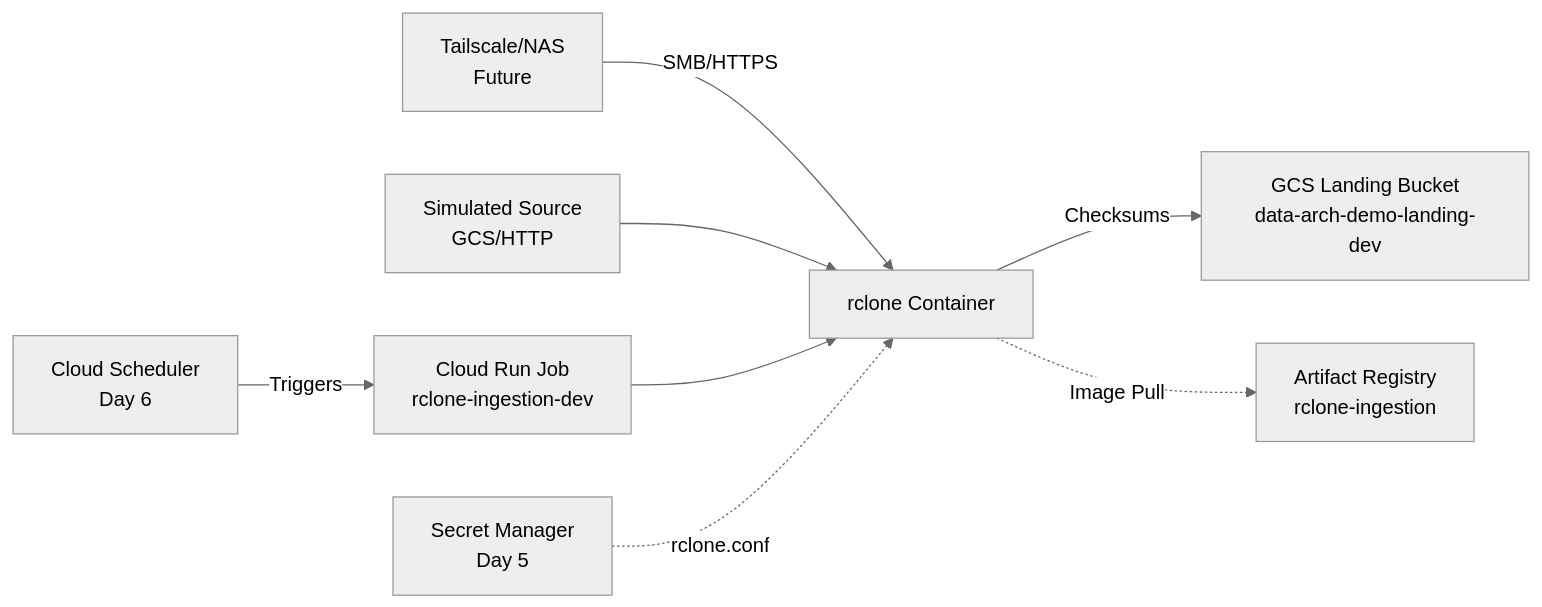
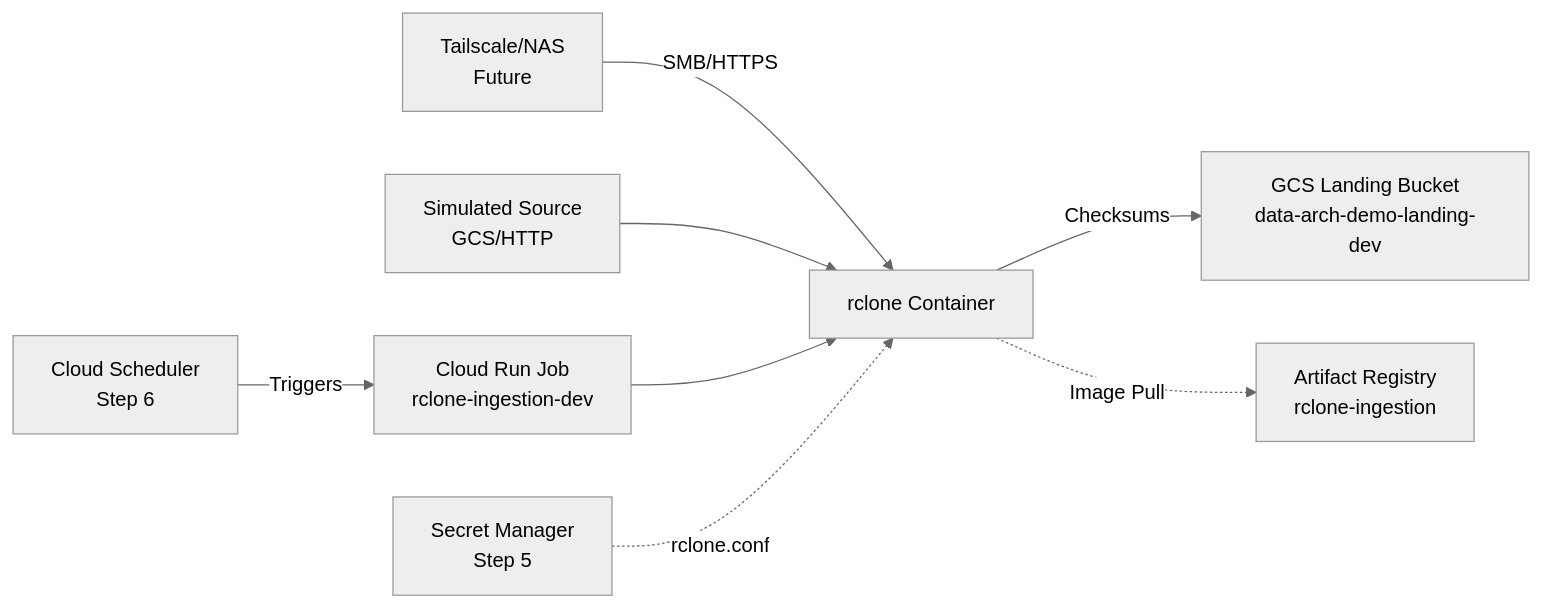
Before and after one commit to jwhite-dataarchitect/cloud-data-architecture-examples: the diagram in README.md, drawn with Mermaid (neutral theme). The commit also changed other lines of this file, not shown here.

````diff
--- a/README.md
+++ b/README.md
@@ -10,10 +10,10 @@
 ```mermaid
 graph LR
     A[Tailscale/NAS<br/>Future] -->|SMB/HTTPS| B[rclone Container]
     C[Simulated Source<br/>GCS/HTTP] --> B
     B -->|Checksums| D[GCS Landing Bucket<br/>data-arch-demo-landing-dev]
     B -.->|Image Pull| E[Artifact Registry<br/>rclone-ingestion]
-    F[Cloud Scheduler<br/>Day 6] -->|Triggers| G[Cloud Run Job<br/>rclone-ingestion-dev]
+    F[Cloud Scheduler<br/>Step 6] -->|Triggers| G[Cloud Run Job<br/>rclone-ingestion-dev]
     G --> B
-    H[Secret Manager<br/>Day 5] -.->|rclone.conf| B
+    H[Secret Manager<br/>Step 5] -.->|rclone.conf| B
 ```
````
